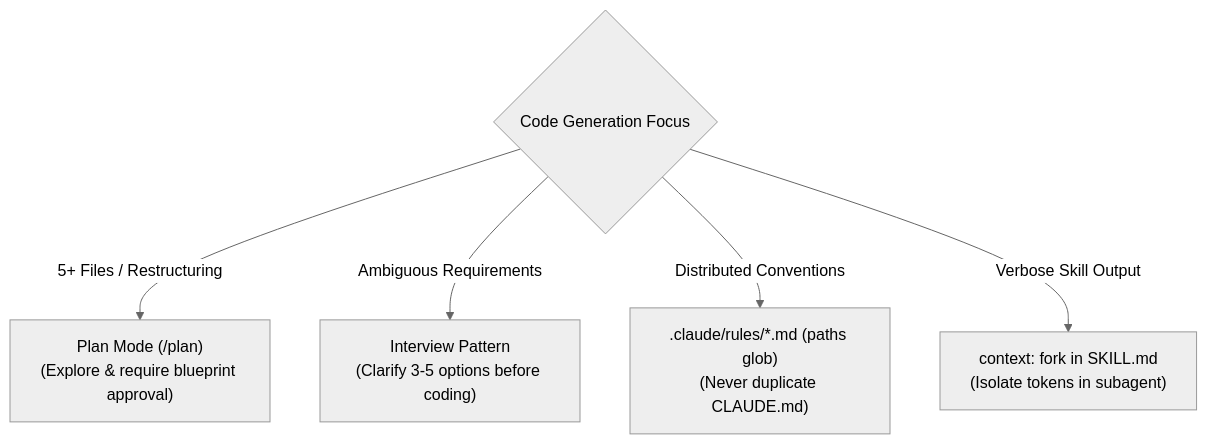
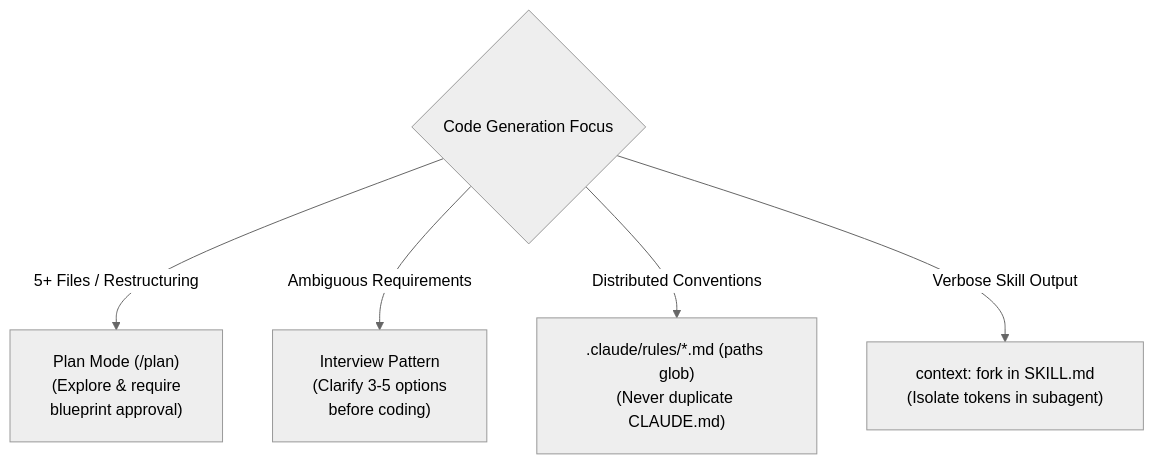
The first of 3 diagrams in scenarios/scenario_2_code_generation/SCENARIO_GUIDE.md (dip4k/claude_cert_architect_foundation_prep), drawn with Mermaid (neutral theme) before and after one commit. The commit also changed other lines of this file and 31 other files, not shown here.

First line of the commit message:
docs(diagrams): fix text trimming, padding, and layout in all mermaid diagrams

````diff
--- a/scenarios/scenario_2_code_generation/SCENARIO_GUIDE.md
+++ b/scenarios/scenario_2_code_generation/SCENARIO_GUIDE.md
@@ -53,8 +53,9 @@
 ```mermaid
+%%{init: {"flowchart": {"htmlLabels": true, "padding": 20}}}%%
 flowchart TD
     Start{Code Generation Focus}
-    Start -->|5+ Files / Restructuring| D1["Plan Mode (/plan)<br/>(Explore & require blueprint approval)"]
-    Start -->|Ambiguous Requirements| D2["Interview Pattern<br/>(Clarify 3-5 options before coding)"]
+    Start -->|5+ Files / Restructuring| D1["Plan Mode (/plan)<br/>(Explore & require<br/>blueprint approval)"]
+    Start -->|Ambiguous Requirements| D2["Interview Pattern<br/>(Clarify 3-5 options<br/>before coding)"]
     Start -->|Distributed Conventions| D3[".claude/rules/*.md (paths glob)<br/>(Never duplicate CLAUDE.md)"]
     Start -->|Verbose Skill Output| D4["context: fork in SKILL.md<br/>(Isolate tokens in subagent)"]
 ```
````
